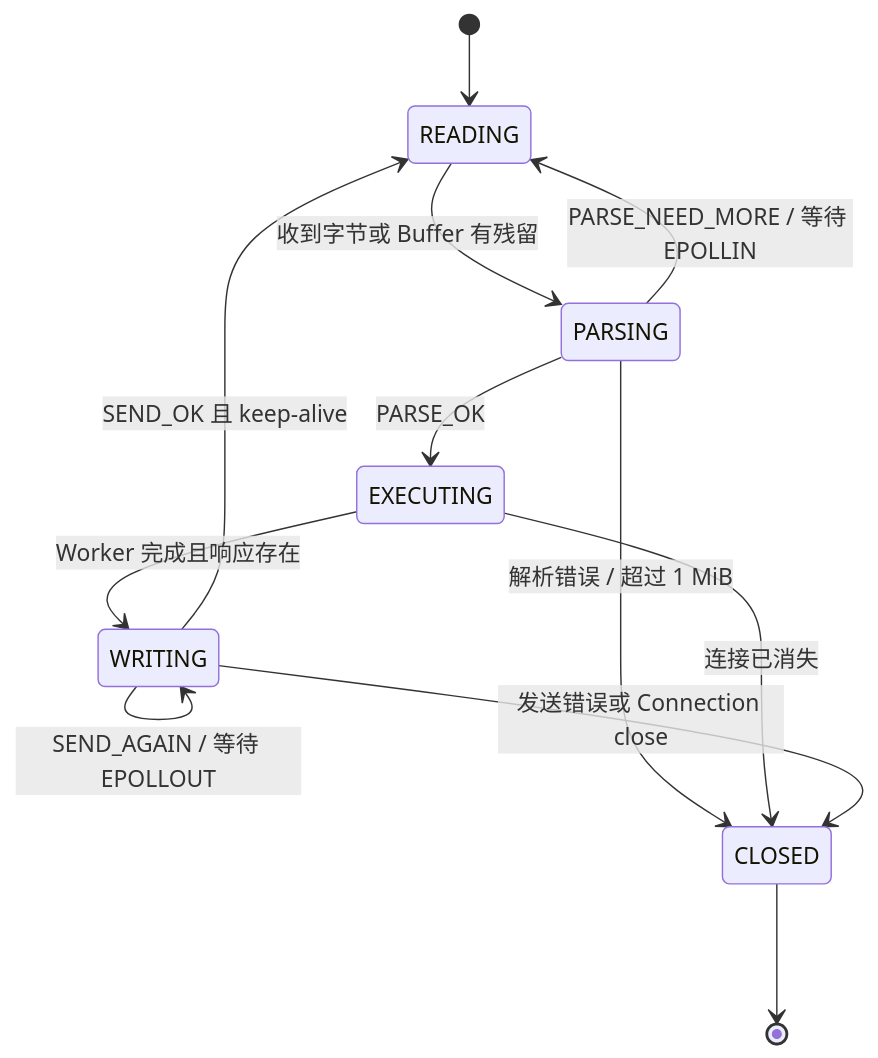
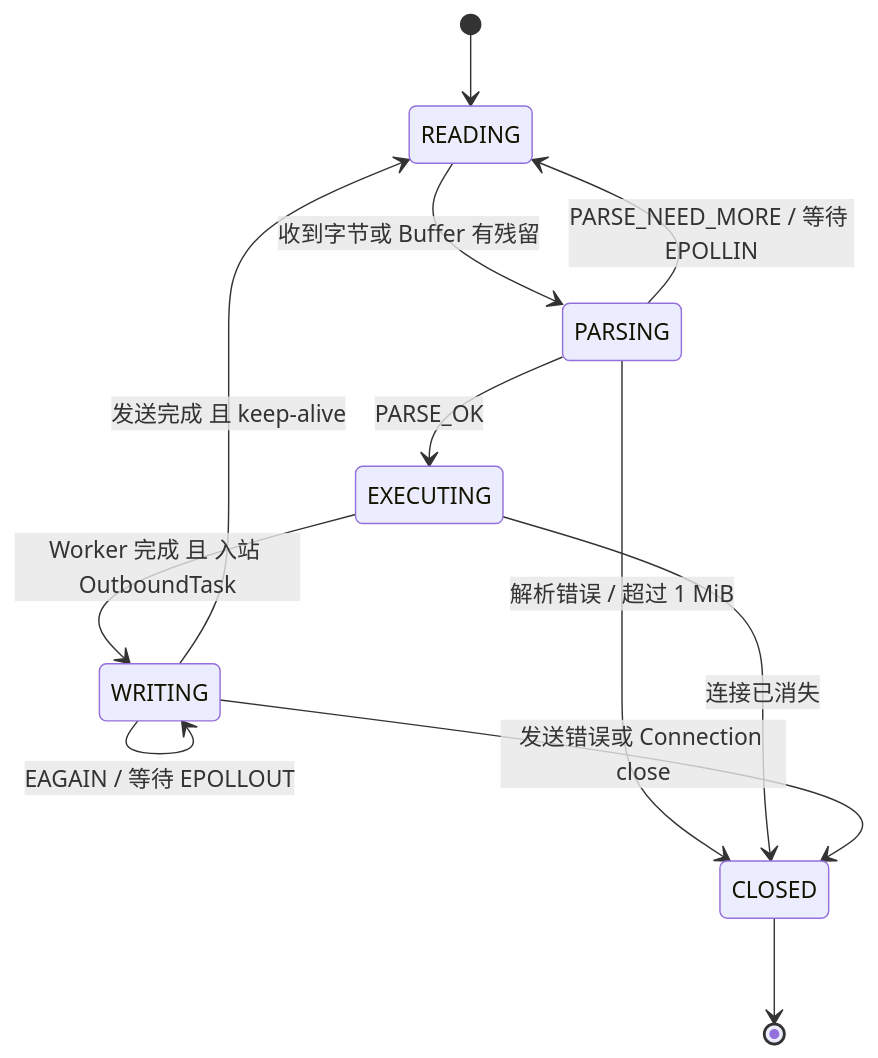
The third of 5 diagrams in docs/architecture/ARCHITECTURE.md (aurora-deng/web), drawn with Mermaid before and after one commit. The commit also changed other lines of this file and 145 other files, not shown here.

````diff
--- a/docs/architecture/ARCHITECTURE.md
+++ b/docs/architecture/ARCHITECTURE.md
@@ -114,14 +135,14 @@
 ```mermaid
 stateDiagram-v2
     [*] --> READING
     READING --> PARSING: 收到字节或 Buffer 有残留
     PARSING --> READING: PARSE_NEED_MORE / 等待 EPOLLIN
     PARSING --> EXECUTING: PARSE_OK
     PARSING --> CLOSED: 解析错误 / 超过 1 MiB
-    EXECUTING --> WRITING: Worker 完成且响应存在
+    EXECUTING --> WRITING: Worker 完成 且 入站 OutboundTask
     EXECUTING --> CLOSED: 连接已消失
-    WRITING --> WRITING: SEND_AGAIN / 等待 EPOLLOUT
-    WRITING --> READING: SEND_OK 且 keep-alive
+    WRITING --> WRITING: EAGAIN / 等待 EPOLLOUT
+    WRITING --> READING: 发送完成 且 keep-alive
     WRITING --> CLOSED: 发送错误或 Connection close
     CLOSED --> [*]
 ```
````
